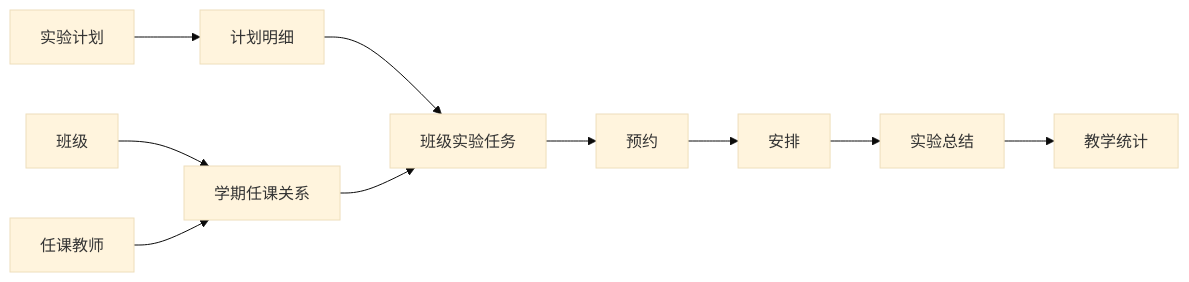
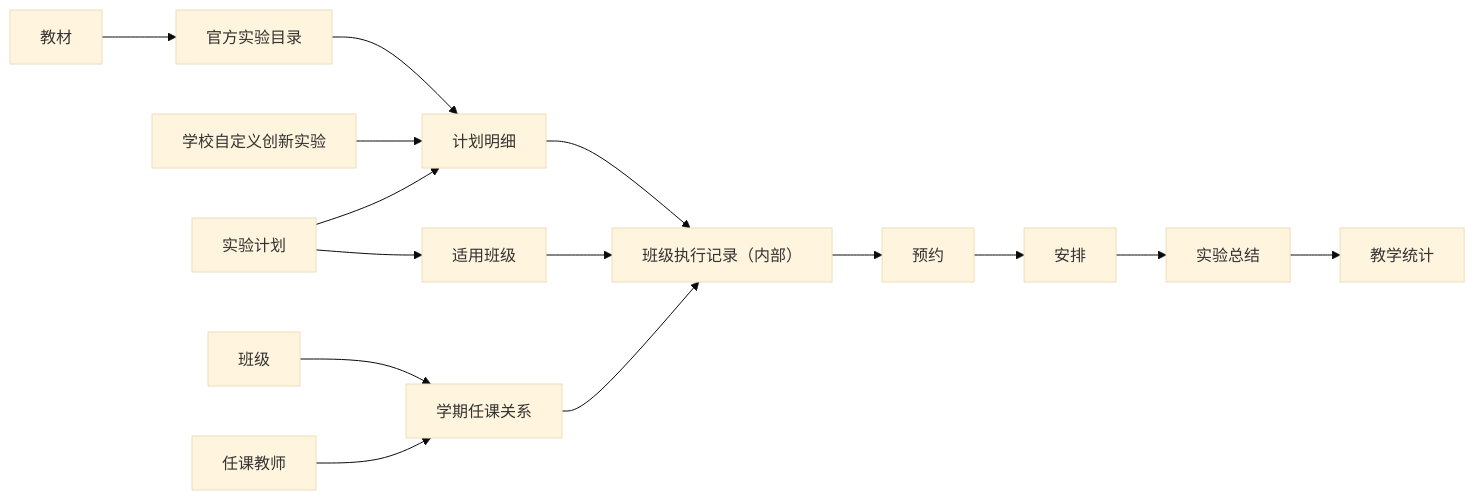
The second of 10 diagrams in new-demo/当前Demo业务流程与数据关系闭环评估报告.md (AlettaOkori/Qingpu_LaboratoryManagementSystem), drawn with Mermaid (base theme) before and after one commit. The commit also changed other lines of this file and 37 other files, not shown here.

````diff
--- a/new-demo/当前Demo业务流程与数据关系闭环评估报告.md
+++ b/new-demo/当前Demo业务流程与数据关系闭环评估报告.md
@@ -104,12 +143,17 @@
 ```mermaid
 flowchart LR
-  P[实验计划] --> PI[计划明细]
+  TB[教材] --> CAT[官方实验目录]
+  CE[学校自定义创新实验] --> PI[计划明细]
+  P[实验计划] --> PT[适用班级]
+  CAT --> PI
+  P --> PI
   CL[班级] --> A[学期任课关系]
   ST[任课教师] --> A
-  PI --> TT[班级实验任务]
+  PT --> TT[班级执行记录（内部）]
+  PI --> TT
   A --> TT
   TT --> B[预约]
   B --> AR[安排]
   AR --> SU[实验总结]
   SU --> RP[教学统计]
 ```
````
